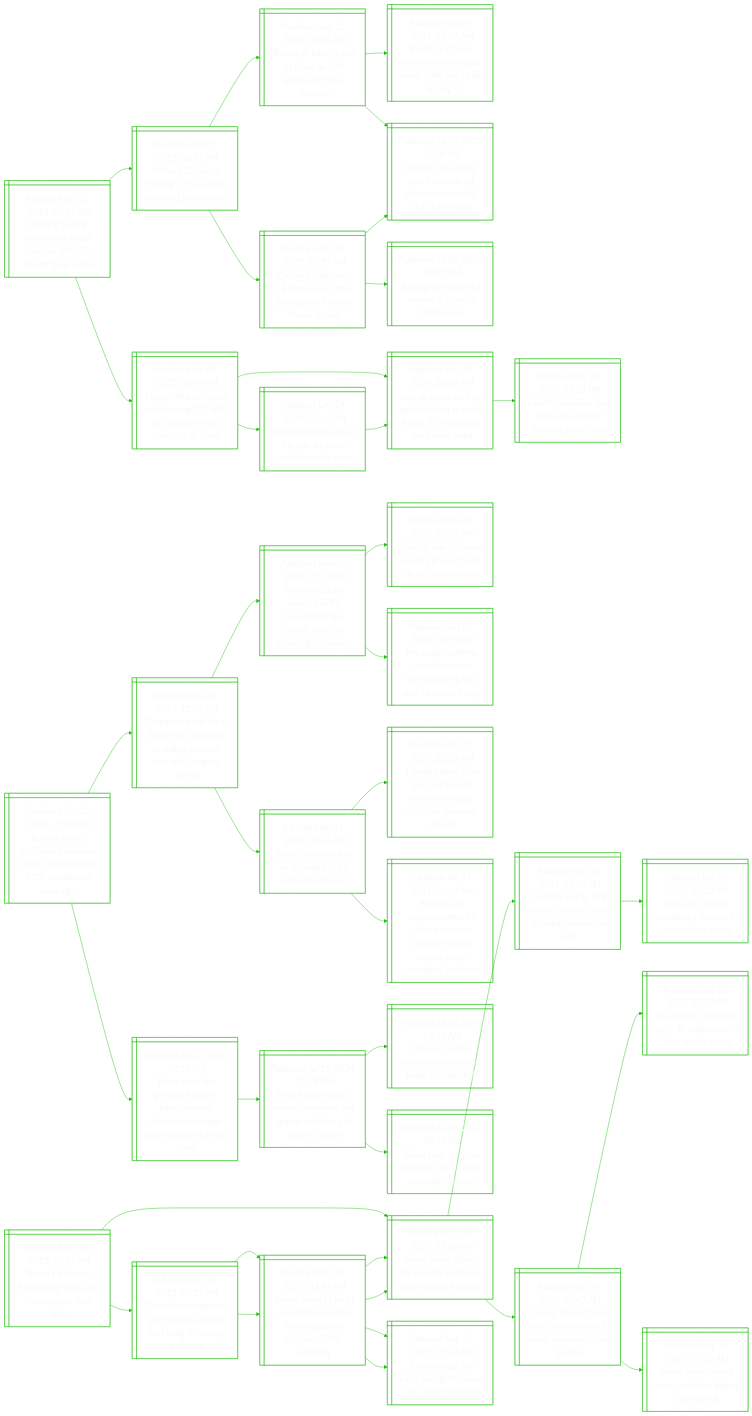
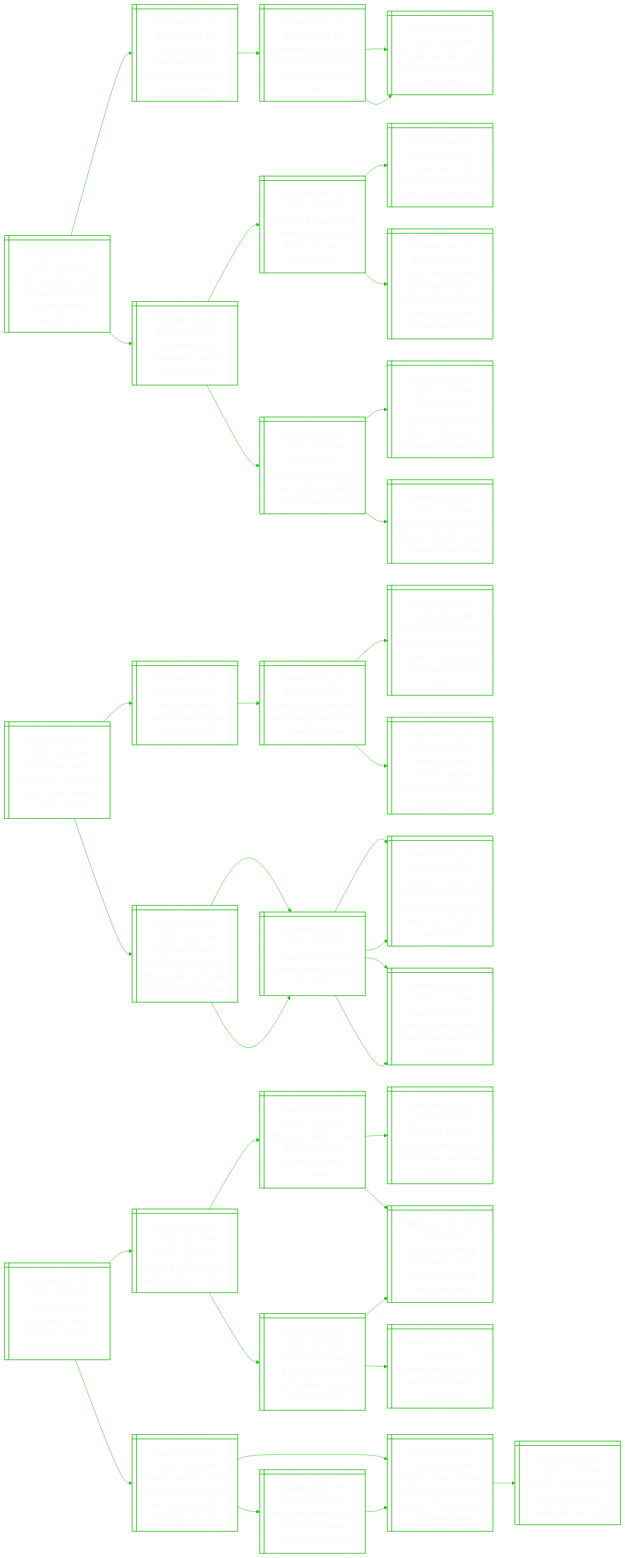
Before and after one commit to notJmes/notJmes: the diagram in README.md, drawn with Mermaid. The commit also changed other lines of this file, not shown here.

````diff
--- a/README.md
+++ b/README.md
@@ -15,6 +15,80 @@
 %%{init: {'theme':'base', 'themeVariables': {'primaryColor': "transparent", 'primaryTextColor': "#F9F9F9", 'lineColor': "#20C20E", 'primaryBorderColor':'#20C20E'}}}%%
 flowchart LR
 classDef txtsize font-size:20px;
+
+TaccmTktess@{ shape: win-pane, label: "_Published Oct 27, 2025, 06:45 AM_
+Trump and xi could ‘consummate’ tiktok deal this week, bessent says" }
+ITXtnhaeame@{ shape: win-pane, label: "_Published Oct 25, 2025, 02:15 PM_
+Is the trump-xi meeting in south korea headed for a k-drama moment?" }
+Ciuaaaeirctt@{ shape: win-pane, label: "_Published Oct 25, 2025, 05:33 AM_
+Canadians pull reagan tariff ad after furious trump scraps trade talks" }
+Tsldkhdtn@{ shape: win-pane, label: "_Published Oct 24, 2025, 11:40 AM_
+Trump says all trade talks with canada are terminated" }
+Tsldkhdtn@{ shape: win-pane, label: "_Published Oct 24, 2025, 11:40 AM_
+Trump says all trade talks with canada are terminated" }
+UoseTkwh@{ shape: win-pane, label: "_Published Sep 15, 2025, 09:10 PM_
+Us announces ‘framework’ tiktok deal with china" }
+Twekrireolia@{ shape: win-pane, label: "_Published Jan 17, 2025, 02:39 AM_
+Trump will keep tiktok from ‘going dark’ if deal is on table, adviser says" }
+UmsBtekadi@{ shape: win-pane, label: "_Published Jan 14, 2025, 09:30 AM_
+Us lawmakers urge biden to extend tiktok jan 19 ban deadline" }
+Ictephhteittaogo@{ shape: win-pane, label: "_Published Jan 15, 2025, 06:52 PM_
+Ironic twist: chinese app xiaohongshu hosts more us-china interactions amid looming tiktok ban" }
+Iearthaiieipa@{ shape: win-pane, label: "_Published Sep 15, 2025, 04:55 PM_
+In latest trade warning to us, china says nvidia violated anti-monopoly law" }
+UncmkoTudsot@{ shape: win-pane, label: "_Published Sep 15, 2025, 12:35 PM_
+Us, china reach framework deal on tiktok; trump and xi to speak on sept 19" }
+Ttaiphomkh@{ shape: win-pane, label: "_Published Sep 15, 2025, 11:45 PM_
+Trump to speak to xi on sept 19 with tiktok framework reached" }
+
+TaccmTktess:::txtsize --> ITXtnhaeame:::txtsize
+ITXtnhaeame:::txtsize --> Ciuaaaeirctt:::txtsize
+Ciuaaaeirctt:::txtsize --> Tsldkhdtn:::txtsize
+Ciuaaaeirctt:::txtsize --> Tsldkhdtn:::txtsize
+TaccmTktess:::txtsize --> UoseTkwh:::txtsize
+UoseTkwh:::txtsize --> Twekrireolia:::txtsize
+Twekrireolia:::txtsize --> UmsBtekadi:::txtsize
+Twekrireolia:::txtsize --> Ictephhteittaogo:::txtsize
+UoseTkwh:::txtsize --> Iearthaiieipa:::txtsize
+Iearthaiieipa:::txtsize --> UncmkoTudsot:::txtsize
+Iearthaiieipa:::txtsize --> Ttaiphomkh:::txtsize
+
+WYresemhiO@{ shape: win-pane, label: "_Published Oct 27, 2025, 06:00 AM_
+While you were sleeping: 5 stories you might have missed, oct 27, 2025" }
+Iaisiftip@{ shape: win-pane, label: "_Published Oct 27, 2025, 02:32 AM_
+India and china resume direct flights as ties improve" }
+Wvhnilehrt@{ shape: win-pane, label: "_Published Aug 21, 2025, 10:45 AM_
+Why rivals china and india really need each other right now" }
+IstinftnssensUe@{ shape: win-pane, label: "_Published Aug 06, 2025, 08:20 PM_
+India’s modi to visit china for first time in 7 years, says source, as tensions with us rise" }
+Itiurblisiei@{ shape: win-pane, label: "_Published Aug 21, 2025, 01:51 AM_
+India test-fires nuclear-capable ballistic missile, with eye on china" }
+SpesclsapdluoSi@{ shape: win-pane, label: "_Published Oct 27, 2025, 01:02 AM_
+Singapore leaders send condolences to thai people and family of queen mother sirikit" }
+TaoqSidl@{ shape: win-pane, label: "_Published Oct 25, 2025, 07:35 AM_
+Thailand’s former queen sirikit dead at 93: palace" }
+TMaoyosebneemtya@{ shape: win-pane, label: "_Published Oct 25, 2025, 11:34 AM_
+Thai pm to travel to malaysia for ceasefire deal, but won’t attend apec summit after royal death" }
+Hteicerflniya@{ shape: win-pane, label: "_Published Sep 01, 2025, 12:16 AM_
+Hospitalised thai princess recovering after blood infection, says palace" }
+TaoqSidl@{ shape: win-pane, label: "_Published Oct 25, 2025, 07:35 AM_
+Thailand’s former queen sirikit dead at 93: palace" }
+TMaoyosebneemtya@{ shape: win-pane, label: "_Published Oct 25, 2025, 11:34 AM_
+Thai pm to travel to malaysia for ceasefire deal, but won’t attend apec summit after royal death" }
+Hteicerflniya@{ shape: win-pane, label: "_Published Sep 01, 2025, 12:16 AM_
+Hospitalised thai princess recovering after blood infection, says palace" }
+
+WYresemhiO:::txtsize --> Iaisiftip:::txtsize
+Iaisiftip:::txtsize --> Wvhnilehrt:::txtsize
+Wvhnilehrt:::txtsize --> IstinftnssensUe:::txtsize
+Wvhnilehrt:::txtsize --> Itiurblisiei:::txtsize
+WYresemhiO:::txtsize --> SpesclsapdluoSi:::txtsize
+SpesclsapdluoSi:::txtsize --> TaoqSidl:::txtsize
+TaoqSidl:::txtsize --> TMaoyosebneemtya:::txtsize
+TaoqSidl:::txtsize --> Hteicerflniya:::txtsize
+SpesclsapdluoSi:::txtsize --> TaoqSidl:::txtsize
+TaoqSidl:::txtsize --> TMaoyosebneemtya:::txtsize
+TaoqSidl:::txtsize --> Hteicerflniya:::txtsize
 
 SiemejocefhU@{ shape: win-pane, label: "_Published Oct 27, 2025, 02:11 AM_
 Striking boeing employees reject contract offer for fourth time: union" }
@@ -56,84 +130,4 @@
 Csnutitpfaerh:::txtsize --> Weatjpcite:::txtsize
 Weatjpcite:::txtsize --> Jinspniteooma:::txtsize
 
-Kaiiiweoiriimn@{ shape: win-pane, label: "_Published Oct 26, 2025, 11:00 PM_
-Kamala harris, california’s newsom begin jockeying for 2028 presidential campaigns" }
-TocalEoaipvngs@{ shape: win-pane, label: "_Published Nov 07, 2024, 12:05 AM_
-Trump on track for a triple win: electoral landslide, popular vote and congress sweep" }
-TsbchioUdetne@{ shape: win-pane, label: "_Published Nov 06, 2024, 07:37 AM_
-Trump set to be elected 47th president of the united states in stunning comeback" }
-Hrtoessmemt@{ shape: win-pane, label: "_Published Nov 06, 2024, 03:17 PM_
-‘historic return’: world leaders praise trump as he claims victory" }
-PgfctteetiuT@{ shape: win-pane, label: "_Published Nov 06, 2024, 08:59 PM_
-Pm wong reaffirms commitment to strengthening ties with us under trump" }
-Tbesrebede@{ shape: win-pane, label: "_Published Jan 14, 2021, 03:26 AM_
-Trump becomes first us president to be impeached twice" }
-peapubmalrest@{ shape: win-pane, label: "_Published Jan 07, 2021, 03:22 AM_
-4 people dead after pro-trump mob storms us capitol; congress resumes debate" }
-Rlrstinticmeaesi@{ shape: win-pane, label: "_Published Jan 14, 2021, 06:14 AM_
-Republican representative liz cheney votes to impeach trump, rejects party members' criticism" }
-IbhahrnrccidraHs@{ shape: win-pane, label: "_Published Jul 22, 2024, 01:59 AM_
-‘it has been the greatest honour’: biden ends re-election campaign and endorses kamala harris" }
-WaHscwbaUtfsi@{ shape: win-pane, label: "_Published Jul 21, 2024, 10:29 PM_
-With kamala harris, democrats would bet against us history of sexism, racism" }
-Seocesnned@{ shape: win-pane, label: "_Published Jul 18, 2024, 07:39 AM_
-Schumer, pelosi increase pressure on biden to step aside" }
-Btpirdemnc@{ shape: win-pane, label: "_Published Jul 18, 2024, 06:27 AM_
-Biden tests positive for covid-19, cancels campaign speech" }
-
-Kaiiiweoiriimn:::txtsize --> TocalEoaipvngs:::txtsize
-TocalEoaipvngs:::txtsize --> TsbchioUdetne:::txtsize
-TsbchioUdetne:::txtsize --> Hrtoessmemt:::txtsize
-TsbchioUdetne:::txtsize --> PgfctteetiuT:::txtsize
-TocalEoaipvngs:::txtsize --> Tbesrebede:::txtsize
-Tbesrebede:::txtsize --> peapubmalrest:::txtsize
-Tbesrebede:::txtsize --> Rlrstinticmeaesi:::txtsize
-Kaiiiweoiriimn:::txtsize --> IbhahrnrccidraHs:::txtsize
-IbhahrnrccidraHs:::txtsize --> WaHscwbaUtfsi:::txtsize
-WaHscwbaUtfsi:::txtsize --> Seocesnned:::txtsize
-WaHscwbaUtfsi:::txtsize --> Btpirdemnc:::txtsize
-
-Tsruitaopci@{ shape: win-pane, label: "_Published Oct 26, 2025, 10:32 PM_
-Trump’s ballroom fundraising taps cash from crypto, tech allies" }
-Thdreyrhoao@{ shape: win-pane, label: "_Published Oct 16, 2025, 12:50 PM_
-Trump hosts dinner for wealthy donors to white house ballroom" }
-Ybalolmousu@{ shape: win-pane, label: "_Published Sep 30, 2025, 07:26 AM_
-Youtube to pay $28 million to settle trump account suspension suit" }
-Hrrreizsoop@{ shape: win-pane, label: "_Published Sep 20, 2025, 09:20 AM_
-Harvard’s former president criticizes its approach to trump" }
-TttCosneetsd@{ shape: win-pane, label: "_Published Sep 04, 2025, 10:43 AM_
-Trump to host tech ceos for first event in newly renovated rose garden" }
-Eeoigraceme@{ shape: win-pane, label: "_Published Aug 26, 2025, 07:50 PM_
-Eu asserts ‘sovereign right’ to regulate tech after trump threat" }
-Tvxctfilea@{ shape: win-pane, label: "_Published Aug 26, 2025, 10:22 AM_
-Trump vows export curbs, tariffs in digital tax reprisal" }
-DibsrhoanTbo@{ shape: win-pane, label: "_Published Oct 21, 2025, 06:35 AM_
-Demolition begins on part of white house east wing for trump ballroom" }
-Tstliahstrobd@{ shape: win-pane, label: "_Published Oct 18, 2025, 03:45 PM_
-Trump seeks to build a triumphal arch in washington for nation’s 250th birthday" }
-Thdreyrhoao@{ shape: win-pane, label: "_Published Oct 16, 2025, 12:50 PM_
-Trump hosts dinner for wealthy donors to white house ballroom" }
-Tbsliltaikr@{ shape: win-pane, label: "_Published Mar 21, 2025, 02:32 AM_
-Trump brings the bling with gold-plated oval office makeover" }
-Tstliahstrobd@{ shape: win-pane, label: "_Published Oct 18, 2025, 03:45 PM_
-Trump seeks to build a triumphal arch in washington for nation’s 250th birthday" }
-Thdreyrhoao@{ shape: win-pane, label: "_Published Oct 16, 2025, 12:50 PM_
-Trump hosts dinner for wealthy donors to white house ballroom" }
-Tbsliltaikr@{ shape: win-pane, label: "_Published Mar 21, 2025, 02:32 AM_
-Trump brings the bling with gold-plated oval office makeover" }
-
-Tsruitaopci:::txtsize --> Thdreyrhoao:::txtsize
-Thdreyrhoao:::txtsize --> Ybalolmousu:::txtsize
-Ybalolmousu:::txtsize --> Hrrreizsoop:::txtsize
-Thdreyrhoao:::txtsize --> TttCosneetsd:::txtsize
-TttCosneetsd:::txtsize --> Eeoigraceme:::txtsize
-TttCosneetsd:::txtsize --> Tvxctfilea:::txtsize
-Tsruitaopci:::txtsize --> DibsrhoanTbo:::txtsize
-DibsrhoanTbo:::txtsize --> Tstliahstrobd:::txtsize
-Tstliahstrobd:::txtsize --> Thdreyrhoao:::txtsize
-Tstliahstrobd:::txtsize --> Tbsliltaikr:::txtsize
-DibsrhoanTbo:::txtsize --> Tstliahstrobd:::txtsize
-Tstliahstrobd:::txtsize --> Thdreyrhoao:::txtsize
-Tstliahstrobd:::txtsize --> Tbsliltaikr:::txtsize
-
 ```
````
